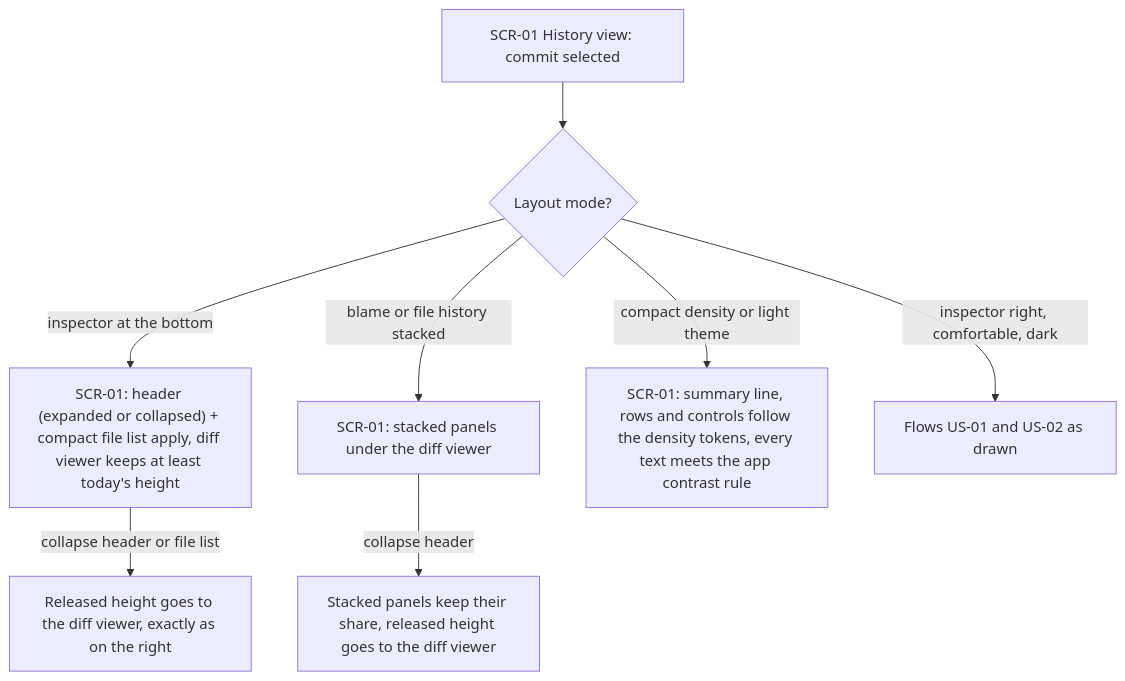
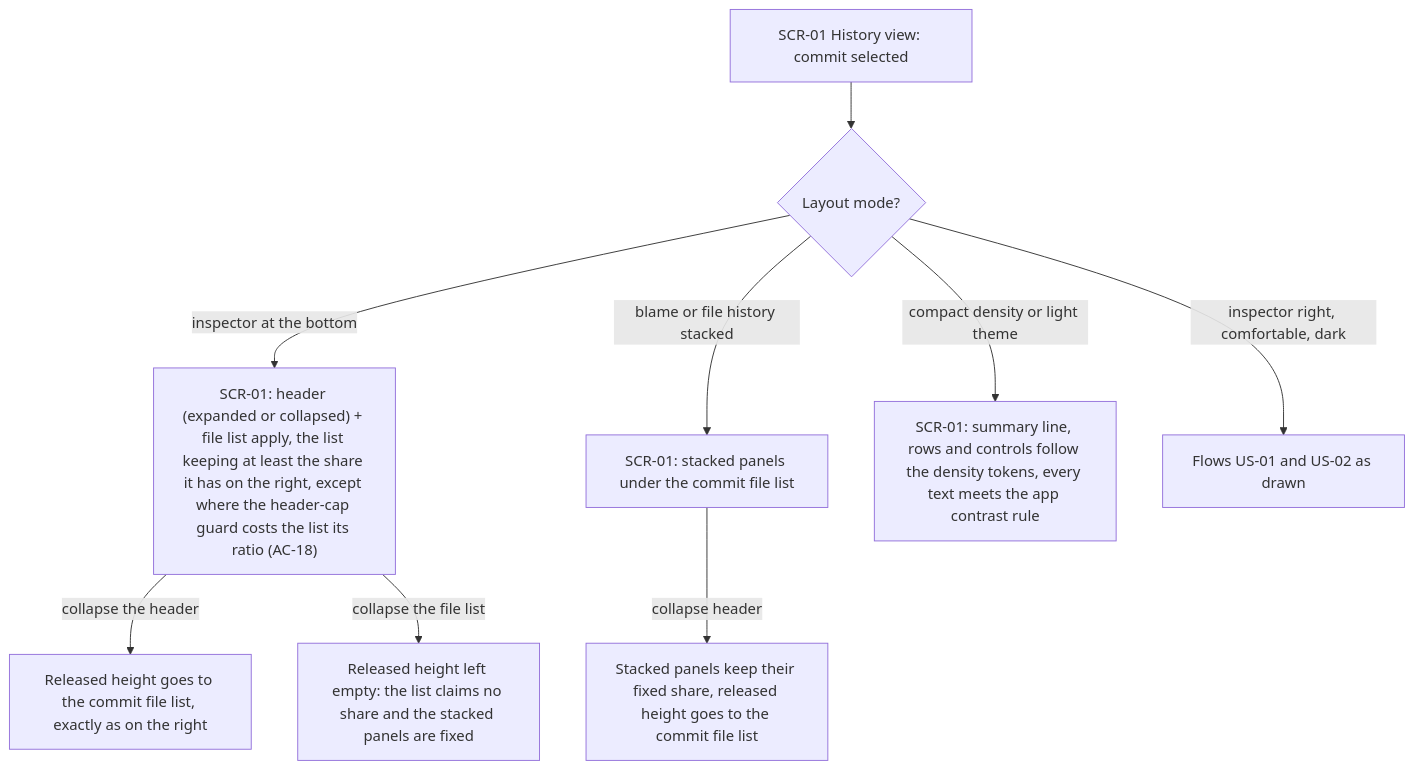
Before and after one commit to jmoreno22/yoru-merge: the seventh of 8 diagrams in docs/features/inspector-diff-workspace/ux-flows.md, drawn with Mermaid. The commit also changed other lines of this file and 69 other files, not shown here.

````diff
--- a/docs/features/inspector-diff-workspace/ux-flows.md
+++ b/docs/features/inspector-diff-workspace/ux-flows.md
@@ -166,10 +167,11 @@
 ```mermaid
 flowchart TD
     A["SCR-01 History view: commit selected"] --> B{"Layout mode?"}
-    B -->|"inspector at the bottom"| C["SCR-01: header (expanded or collapsed) + compact file list apply, diff viewer keeps at least today's height"]
-    C -->|"collapse header or file list"| D["Released height goes to the diff viewer, exactly as on the right"]
-    B -->|"blame or file history stacked"| E["SCR-01: stacked panels under the diff viewer"]
-    E -->|"collapse header"| F["Stacked panels keep their share, released height goes to the diff viewer"]
+    B -->|"inspector at the bottom"| C["SCR-01: header (expanded or collapsed) + file list apply, the list keeping at least the share it has on the right, except where the header-cap guard costs the list its ratio (AC-18)"]
+    C -->|"collapse the header"| D["Released height goes to the commit file list, exactly as on the right"]
+    C -->|"collapse the file list"| D2["Released height left empty: the list claims no share and the stacked panels are fixed"]
+    B -->|"blame or file history stacked"| E["SCR-01: stacked panels under the commit file list"]
+    E -->|"collapse header"| F["Stacked panels keep their fixed share, released height goes to the commit file list"]
     B -->|"compact density or light theme"| G["SCR-01: summary line, rows and controls follow the density tokens, every text meets the app contrast rule"]
     B -->|"inspector right, comfortable, dark"| H["Flows US-01 and US-02 as drawn"]
 ```
````
